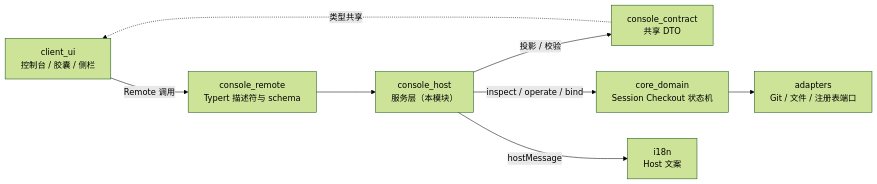
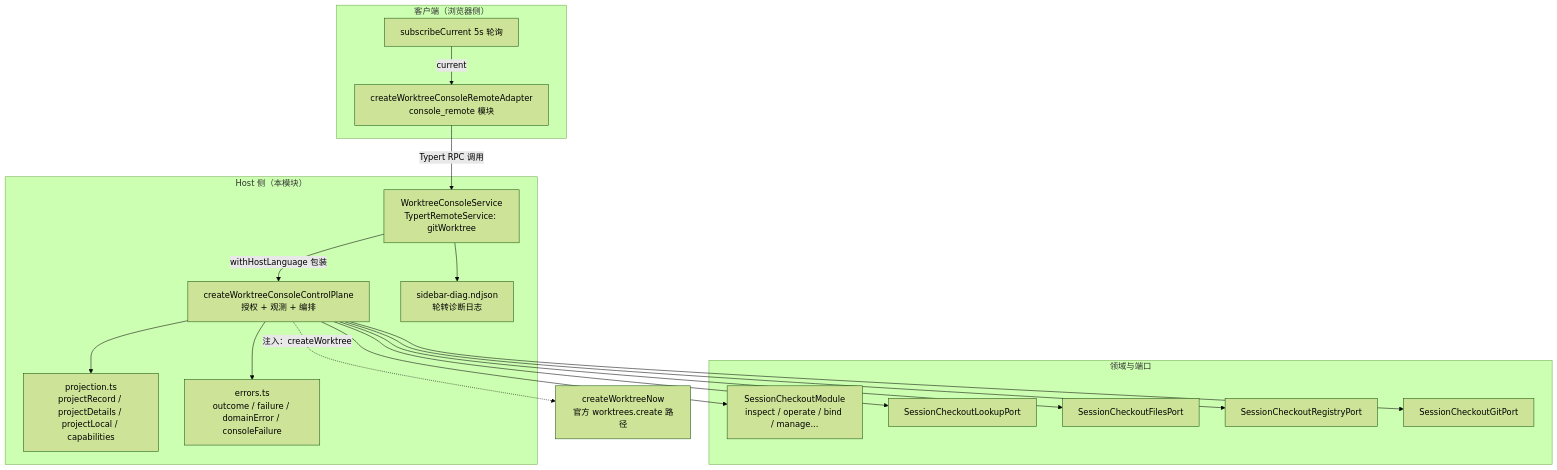
Before and after one commit to ikliml666/dsh-git-workspace: the first of 4 diagrams in .codewiki/modules/console-host.md, drawn with Mermaid (forest theme). The commit also changed other lines of this file and 117 other files, not shown here.

````diff
--- a/.codewiki/modules/console-host.md
+++ b/.codewiki/modules/console-host.md
@@ -27,18 +37,36 @@
 ```mermaid
-flowchart LR
-  Client["client_ui<br/>控制台 / 胶囊 / 侧栏"]
-  Remote["console_remote<br/>Typert 描述符与 schema"]
-  Contract["console_contract<br/>共享 DTO"]
-  Host["console_host<br/>服务层（本模块）"]
-  Domain["core_domain<br/>Session Checkout 状态机"]
-  Adapters["adapters<br/>Git / 文件 / 注册表端口"]
-  I18n["i18n<br/>Host 文案"]
+flowchart TB
+  subgraph Client["客户端（浏览器侧）"]
+    Adapter["createWorktreeConsoleRemoteAdapter<br/>console_remote 模块"]
+    Poll["subscribeCurrent 5s 轮询"]
+  end
 
-  Client -->|"Remote 调用"| Remote
-  Remote --> Host
-  Host -->|"投影 / 校验"| Contract
-  Host -->|"inspect / operate / bind"| Domain
-  Domain --> Adapters
-  Host -->|"hostMessage"| I18n
-  Contract -.->|"类型共享"| Client
+  subgraph Host["Host 侧（本模块）"]
+    Service["WorktreeConsoleService<br/>TypertRemoteService: gitWorktree"]
+    CP["createWorktreeConsoleControlPlane<br/>授权 + 观测 + 编排"]
+    Proj["projection.ts<br/>projectRecord / projectDetails / projectLocal / capabilities"]
+    Err["errors.ts<br/>outcome / failure / domainError / consoleFailure"]
+    Diag["sidebar-diag.ndjson<br/>轮转诊断日志"]
+  end
+
+  subgraph Domain["领域与端口"]
+    Module["SessionCheckoutModule<br/>inspect / operate / bind / manage..."]
+    Lookup["SessionCheckoutLookupPort"]
+    Files["SessionCheckoutFilesPort"]
+    Registry["SessionCheckoutRegistryPort"]
+    Git["SessionCheckoutGitPort"]
+  end
+
+  Adapter -->|"Typert RPC 调用"| Service
+  Poll -->|"current"| Adapter
+  Service -->|"withHostLanguage 包装"| CP
+  Service --> Diag
+  CP --> Proj
+  CP --> Err
+  CP --> Module
+  CP --> Lookup
+  CP --> Files
+  CP --> Registry
+  CP --> Git
+  CP -.->|"注入：createWorktree"| CreateNow["createWorktreeNow<br/>官方 worktrees.create 路径"]
 ```
````
